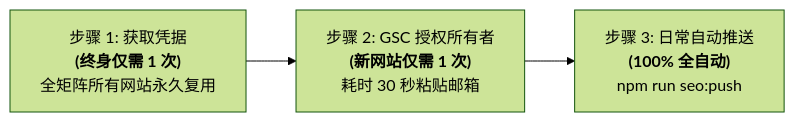
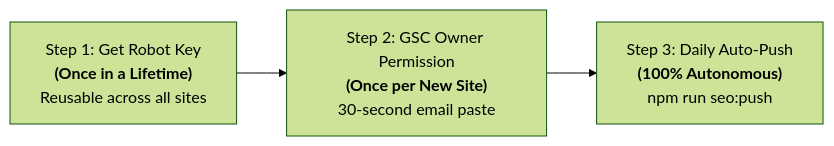
The diagram in README.md (Sacilave/seo-google-indexer), drawn with Mermaid (forest theme) before and after one commit. The commit also changed other lines of this file and 3 other files, not shown here.

````diff
--- a/README.md
+++ b/README.md
@@ -61,4 +67,4 @@
 ```mermaid
 flowchart LR
-    A["步骤 1: 获取凭据<br><b>(终身仅需 1 次)</b><br>全矩阵所有网站永久复用"] --> B["步骤 2: GSC 授权所有者<br><b>(新网站仅需 1 次)</b><br>耗时 30 秒粘贴邮箱"] --> C["步骤 3: 日常自动推送<br><b>(100% 全自动)</b><br>npm run seo:push"]
+    A["Step 1: Get Robot Key<br><b>(Once in a Lifetime)</b><br>Reusable across all sites"] --> B["Step 2: GSC Owner Permission<br><b>(Once per New Site)</b><br>30-second email paste"] --> C["Step 3: Daily Auto-Push<br><b>(100% Autonomous)</b><br>npm run seo:push"]
 ```
````
